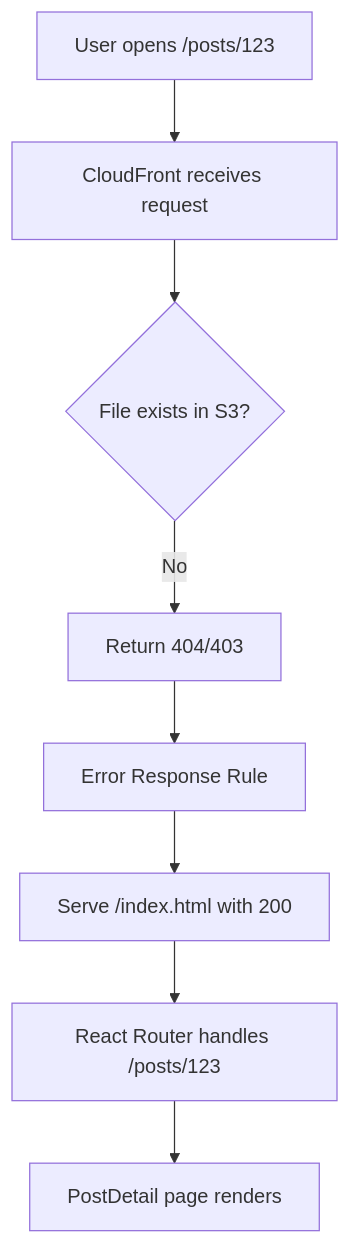
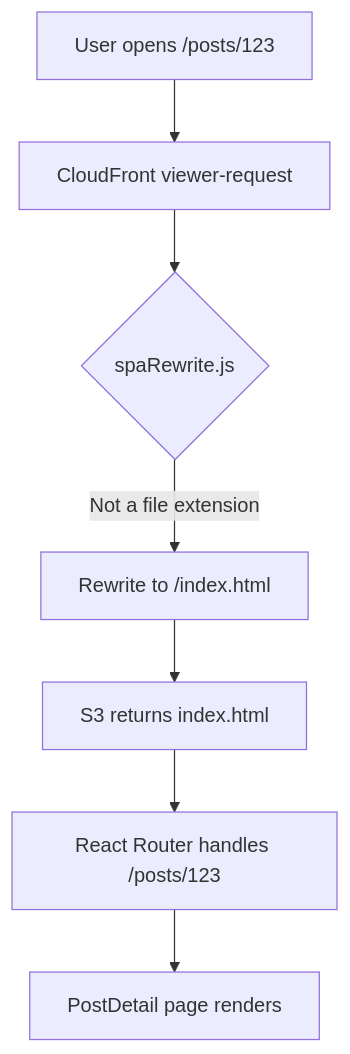
The first of 3 diagrams in docs/Gabe_KANBAN.md (gcolon75/Project-Valine), drawn with Mermaid before and after one commit. The commit also changed other lines of this file and 16 other files, not shown here.

````diff
--- a/docs/Gabe_KANBAN.md
+++ b/docs/Gabe_KANBAN.md
@@ -369,10 +373,9 @@
 ```mermaid
 flowchart TD
-    A[User opens /posts/123] --> B[CloudFront receives request]
-    B --> C{File exists in S3?}
-    C -->|No| D[Return 404/403]
-    D --> E[Error Response Rule]
-    E --> F[Serve /index.html with 200]
-    F --> G[React Router handles /posts/123]
-    G --> H[PostDetail page renders]
+    A[User opens /posts/123] --> B[CloudFront viewer-request]
+    B --> C{spaRewrite.js}
+    C -->|Not a file extension| D[Rewrite to /index.html]
+    D --> E[S3 returns index.html]
+    E --> F[React Router handles /posts/123]
+    F --> G[PostDetail page renders]
 ```
````
